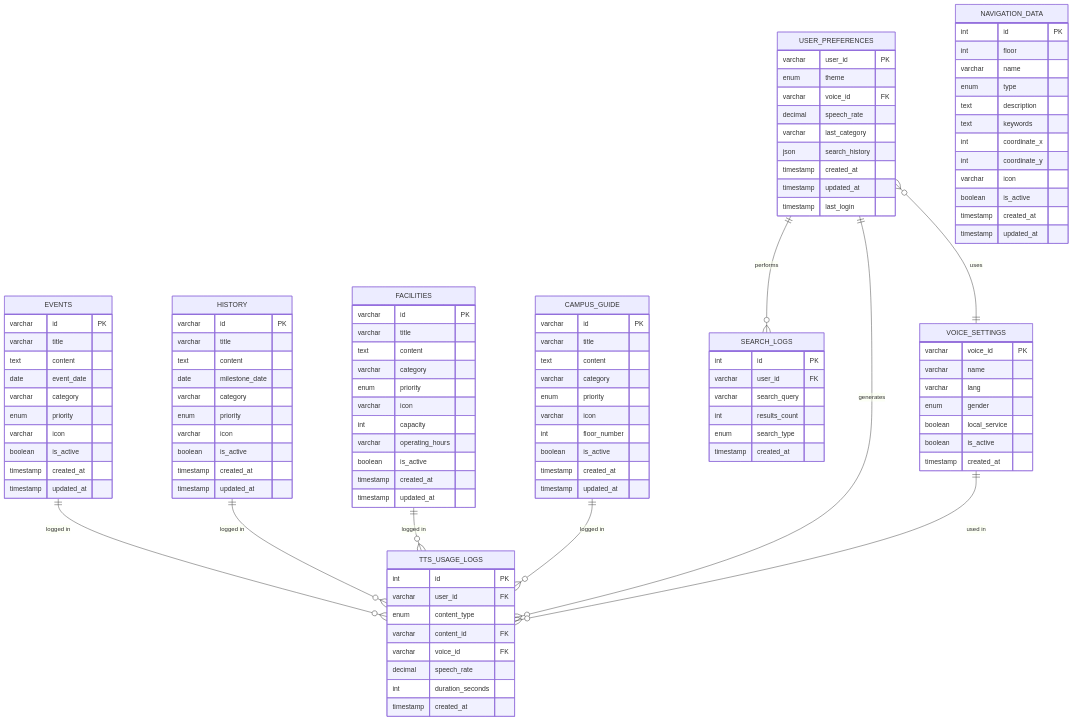
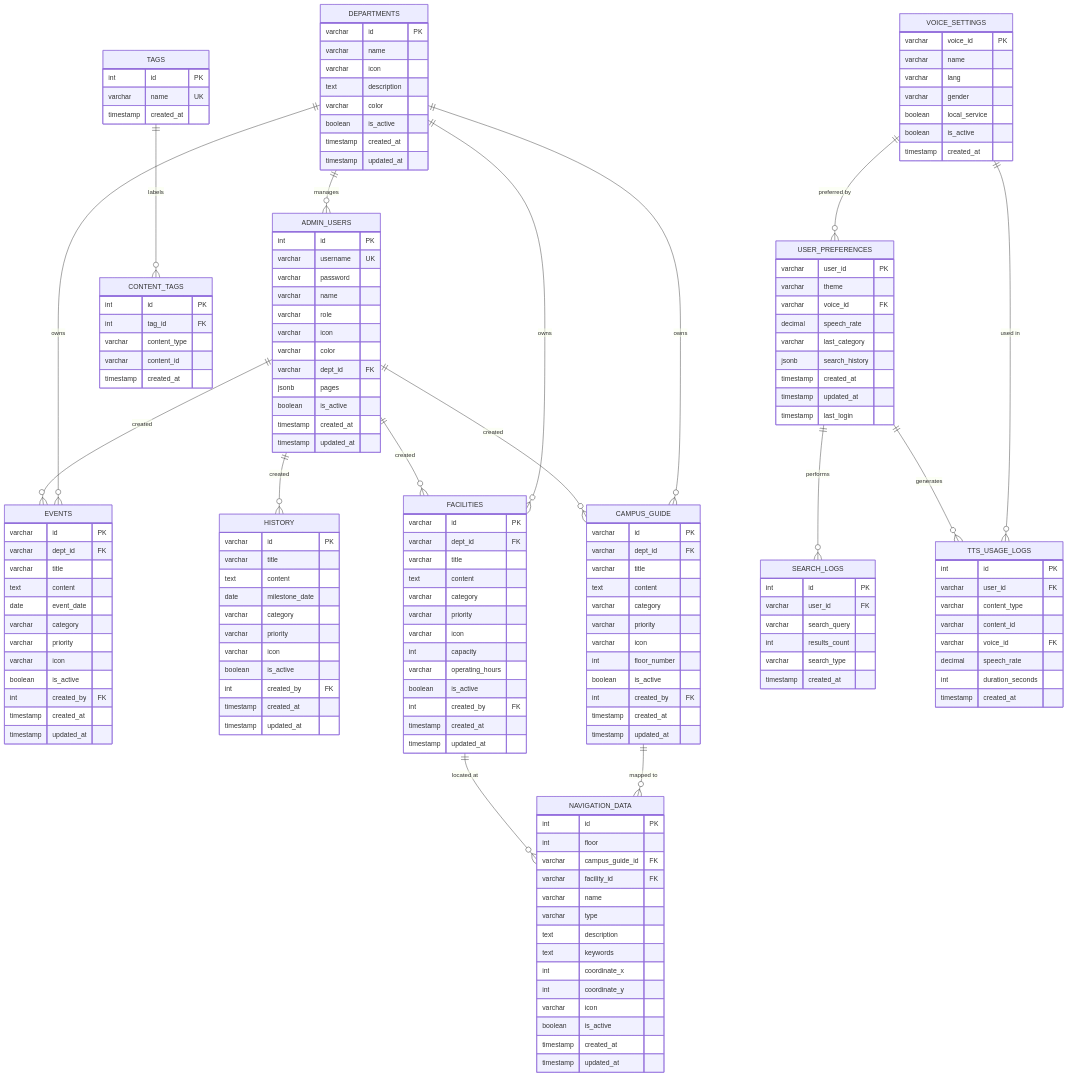
The diagram in ERD_MERMAID.md (justynm696/school-tts), drawn with Mermaid before and after one commit. The commit also changed other lines of this file and 42 other files, not shown here.

````diff
--- a/ERD_MERMAID.md
+++ b/ERD_MERMAID.md
@@ -7,121 +6,202 @@
 ```mermaid
 erDiagram
-    EVENTS ||--o{ TTS_USAGE_LOGS : "logged in"
-    HISTORY ||--o{ TTS_USAGE_LOGS : "logged in"
-    FACILITIES ||--o{ TTS_USAGE_LOGS : "logged in"
-    CAMPUS_GUIDE ||--o{ TTS_USAGE_LOGS : "logged in"
-    USER_PREFERENCES ||--o{ SEARCH_LOGS : "performs"
-    USER_PREFERENCES ||--o{ TTS_USAGE_LOGS : "generates"
-    USER_PREFERENCES }o--|| VOICE_SETTINGS : "uses"
-    VOICE_SETTINGS ||--o{ TTS_USAGE_LOGS : "used in"
-    
-    EVENTS {
-        varchar id PK
-        varchar title
-        text content
-        date event_date
-        varchar category
-        enum priority
-        varchar icon
-        boolean is_active
+
+    %% ── CORE: Department is the root anchor ──────────────────
+    DEPARTMENTS {
+        varchar  id         PK
+        varchar  name
+        varchar  icon
+        text     description
+        varchar  color
+        boolean  is_active
         timestamp created_at
         timestamp updated_at
     }
-    
-    HISTORY {
-        varchar id PK
-        varchar title
-        text content
-        date milestone_date
-        varchar category
-        enum priority
-        varchar icon
-        boolean is_active
+
+    %% ── ADMIN USERS ──────────────────────────────────────────
+    ADMIN_USERS {
+        int      id         PK
+        varchar  username   UK
+        varchar  password
+        varchar  name
+        varchar  role
+        varchar  icon
+        varchar  color
+        varchar  dept_id    FK
+        jsonb    pages
+        boolean  is_active
         timestamp created_at
         timestamp updated_at
     }
-    
-    FACILITIES {
-        varchar id PK
-        varchar title
-        text content
-        varchar category
-        enum priority
-        varchar icon
-        int capacity
-        varchar operating_hours
-        boolean is_active
+
+    %% ── CONTENT TABLES ───────────────────────────────────────
+    EVENTS {
+        varchar  id         PK
+        varchar  dept_id    FK
+        varchar  title
+        text     content
+        date     event_date
+        varchar  category
+        varchar  priority
+        varchar  icon
+        boolean  is_active
+        int      created_by FK
         timestamp created_at
         timestamp updated_at
     }
-    
-    CAMPUS_GUIDE {
-        varchar id PK
-        varchar title
-        text content
-        varchar category
-        enum priority
-        varchar icon
-        int floor_number
-        boolean is_active
+
+    HISTORY {
+        varchar  id         PK
+        varchar  title
+        text     content
+        date     milestone_date
+        varchar  category
+        varchar  priority
+        varchar  icon
+        boolean  is_active
+        int      created_by FK
         timestamp created_at
         timestamp updated_at
     }
-    
-    NAVIGATION_DATA {
-        int id PK
-        int floor
-        varchar name
-        enum type
-        text description
-        text keywords
-        int coordinate_x
-        int coordinate_y
-        varchar icon
-        boolean is_active
+
+    FACILITIES {
+        varchar  id         PK
+        varchar  dept_id    FK
+        varchar  title
+        text     content
+        varchar  category
+        varchar  priority
+        varchar  icon
+        int      capacity
+        varchar  operating_hours
+        boolean  is_active
+        int      created_by FK
         timestamp created_at
         timestamp updated_at
     }
-    
+
+    CAMPUS_GUIDE {
+        varchar  id         PK
+        varchar  dept_id    FK
+        varchar  title
+        text     content
+        varchar  category
+        varchar  priority
+        varchar  icon
+        int      floor_number
+        boolean  is_active
+        int      created_by FK
+        timestamp created_at
+        timestamp updated_at
+    }
+
+    %% ── NAVIGATION (linked to guide + facilities) ────────────
+    NAVIGATION_DATA {
+        int      id              PK
+        int      floor
+        varchar  campus_guide_id FK
+        varchar  facility_id     FK
+        varchar  name
+        varchar  type
+        text     description
+        text     keywords
+        int      coordinate_x
+        int      coordinate_y
+        varchar  icon
+        boolean  is_active
+        timestamp created_at
+        timestamp updated_at
+    }
+
+    %% ── TAGS (M:N junction) ──────────────────────────────────
+    TAGS {
+        int     id   PK
+        varchar name UK
+        timestamp created_at
+    }
+
+    CONTENT_TAGS {
+        int     id           PK
+        int     tag_id        FK
+        varchar content_type
+        varchar content_id
+        timestamp created_at
+    }
+
+    %% ── USER + VOICE ─────────────────────────────────────────
+    VOICE_SETTINGS {
+        varchar  voice_id      PK
+        varchar  name
+        varchar  lang
+        varchar  gender
+        boolean  local_service
+        boolean  is_active
+        timestamp created_at
+    }
+
     USER_PREFERENCES {
-        varchar user_id PK
-        enum theme
-        varchar voice_id FK
-        decimal speech_rate
-        varchar last_category
-        json search_history
+        varchar  user_id       PK
+        varchar  theme
+        varchar  voice_id      FK
+        decimal  speech_rate
+        varchar  last_category
+        jsonb    search_history
         timestamp created_at
         timestamp updated_at
         timestamp last_login
     }
-    
-    VOICE_SETTINGS {
-        varchar voice_id PK
-        varchar name
-        varchar lang
-        enum gender
-        boolean local_service
-        boolean is_active
+
+    %% ── ANALYTICS LOGS ───────────────────────────────────────
+    SEARCH_LOGS {
+        int     id            PK
+        varchar user_id       FK
+        varchar search_query
+        int     results_count
+        varchar search_type
         timestamp created_at
     }
-    
-    SEARCH_LOGS {
-        int id PK
-        varchar user_id FK
-        varchar search_query
-        int results_count
-        enum search_type
+
+    TTS_USAGE_LOGS {
+        int     id               PK
+        varchar user_id          FK
+        varchar content_type
+        varchar content_id
+        varchar voice_id         FK
+        decimal speech_rate
+        int     duration_seconds
         timestamp created_at
     }
-    
-    TTS_USAGE_LOGS {
-        int id PK
-        varchar user_id FK
-        enum content_type
-        varchar content_id FK
-        varchar voice_id FK
-        decimal speech_rate
-        int duration_seconds
-        timestamp created_at
-    }
+
+    %% ── RELATIONSHIPS ────────────────────────────────────────
+
+    %% Department → Admin Users (1:N)
+    DEPARTMENTS      ||--o{ ADMIN_USERS      : "manages"
+
+    %% Department → Content (1:N)
+    DEPARTMENTS      ||--o{ EVENTS           : "owns"
+    DEPARTMENTS      ||--o{ FACILITIES       : "owns"
+    DEPARTMENTS      ||--o{ CAMPUS_GUIDE     : "owns"
+
+    %% Admin Users → Content (1:N) — who created it
+    ADMIN_USERS      ||--o{ EVENTS           : "created"
+    ADMIN_USERS      ||--o{ HISTORY          : "created"
+    ADMIN_USERS      ||--o{ FACILITIES       : "created"
+    ADMIN_USERS      ||--o{ CAMPUS_GUIDE     : "created"
+
+    %% Campus Guide → Navigation Data (1:N)
+    CAMPUS_GUIDE     ||--o{ NAVIGATION_DATA  : "mapped to"
+
+    %% Facilities → Navigation Data (1:N)
+    FACILITIES       ||--o{ NAVIGATION_DATA  : "located at"
+
+    %% Tags M:N via CONTENT_TAGS junction
+    TAGS             ||--o{ CONTENT_TAGS     : "labels"
+
+    %% Voice Settings → User & TTS logs
+    VOICE_SETTINGS   ||--o{ USER_PREFERENCES : "preferred by"
+    VOICE_SETTINGS   ||--o{ TTS_USAGE_LOGS   : "used in"
+
+    %% User → Analytics
+    USER_PREFERENCES ||--o{ SEARCH_LOGS      : "performs"
+    USER_PREFERENCES ||--o{ TTS_USAGE_LOGS   : "generates"
 ```
````
